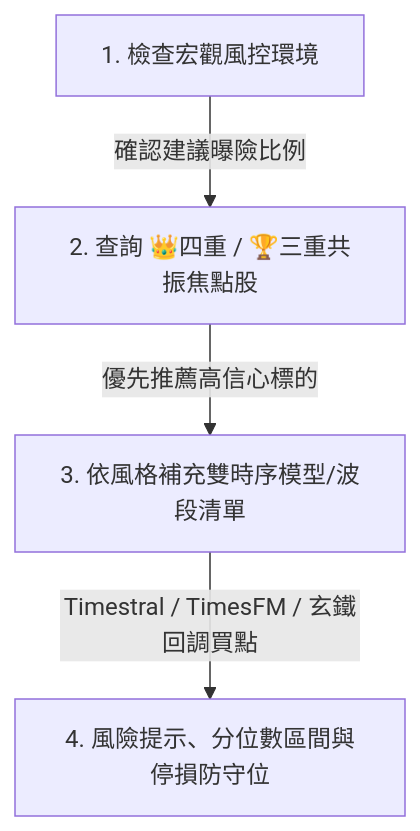
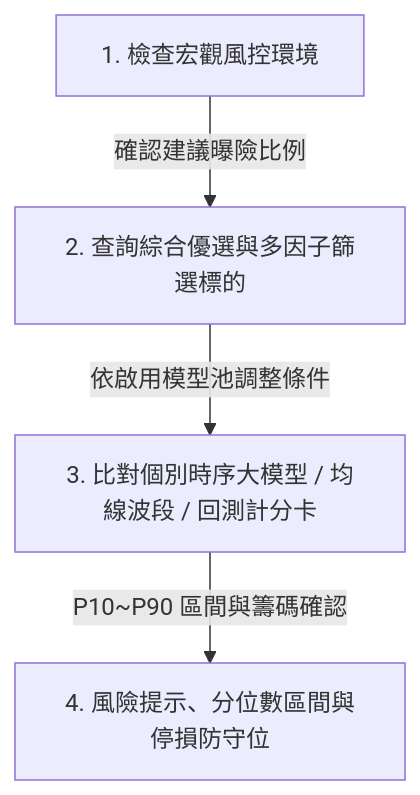
Before and after one commit to tbdavid2019/stock-underdog-ml: the diagram in skills/stock-quant/SKILL.md, drawn with Mermaid. The commit also changed other lines of this file and 12 other files, not shown here.

````diff
--- a/skills/stock-quant/SKILL.md
+++ b/skills/stock-quant/SKILL.md
@@ -50,6 +48,6 @@
 ```mermaid
 graph TD
-    Step1[1. 檢查宏觀風控環境] -->|確認建議曝險比例| Step2[2. 查詢 👑四重 / 🏆三重共振焦點股]
-    Step2 -->|優先推薦高信心標的| Step3[3. 依風格補充雙時序模型/波段清單]
-    Step3 -->|Timestral / TimesFM / 玄鐵回調買點| Step4[4. 風險提示、分位數區間與停損防守位]
+    Step1[1. 檢查宏觀風控環境] -->|確認建議曝險比例| Step2[2. 查詢綜合優選與多因子篩選標的]
+    Step2 -->|依啟用模型池調整條件| Step3[3. 比對個別時序大模型 / 均線波段 / 回測計分卡]
+    Step3 -->|P10~P90 區間與籌碼確認| Step4[4. 風險提示、分位數區間與停損防守位]
 ```
````
